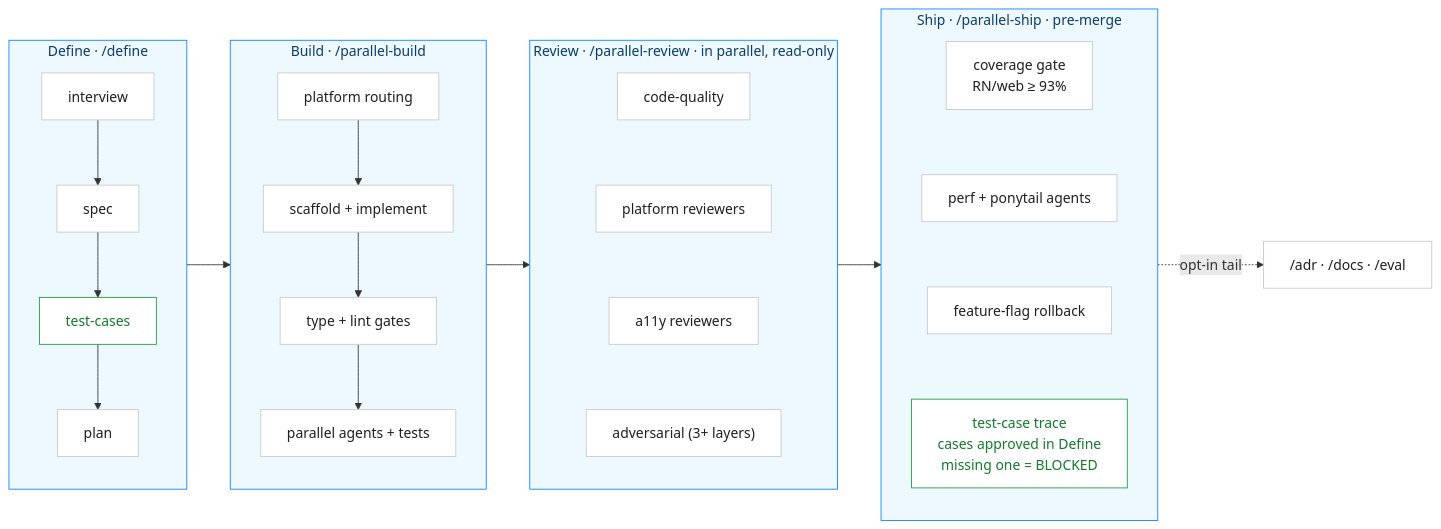
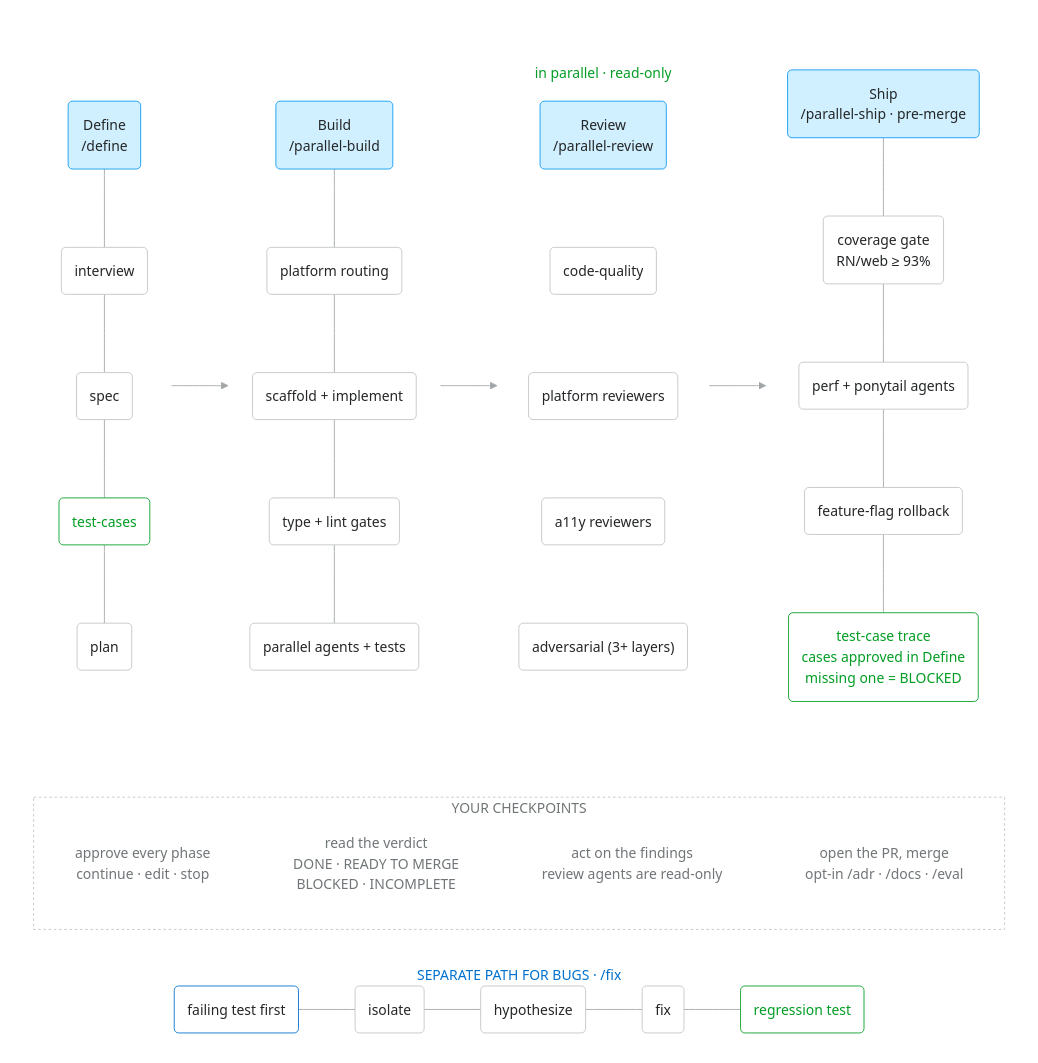
One commit to raditia/CraftKit changed the tenth of 13 diagrams in README.md. Above: the diagram before and after it, drawn with Mermaid. The commit also changed other lines of this file and 4 other files, not shown here.

First line of the commit message:
docs: redraw README diagrams as deck-style swimlanes and tables (#21)

````diff
--- a/README.md
+++ b/README.md
@@ -570,30 +827,71 @@
 ```mermaid
-flowchart LR
-    subgraph DEF["Define · /define"]
-        direction TB
-        d1["interview"] --> d2["spec"] --> d3["test-cases"] --> d4["plan"]
+---
+config:
+  theme: base
+  look: classic
+  fontFamily: "-apple-system, BlinkMacSystemFont, Segoe UI, Helvetica, Arial, sans-serif"
+  themeVariables:
+    fontFamily: "-apple-system, BlinkMacSystemFont, Segoe UI, Helvetica, Arial, sans-serif"
+    fontSize: 16px
+    primaryColor: "#FFFFFF"
+    primaryBorderColor: "#C1C4C6"
+    primaryTextColor: "#242628"
+    lineColor: "#A2A6A8"
+    clusterBkg: "#F5FBFF"
+    clusterBorder: "#F0F1F2"
+    titleColor: "#707577"
+    edgeLabelBackground: "#FFFFFF"
+  flowchart:
+    curve: basis
+    wrappingWidth: 240
+    nodeSpacing: 30
+    rankSpacing: 40
+---
+flowchart TB
+    subgraph ROW[" "]
+        direction LR
+        subgraph DEF[" "]
+            direction TB
+            hd("Define<br/>/define") --- d1("interview") --- d2("spec") --- d3("test-cases") --- d4("plan")
+        end
+        subgraph BLD[" "]
+            direction TB
+            hb("Build<br/>/parallel-build") --- b1("platform routing") --- b2("scaffold + implement") --- b3("type + lint gates") --- b4("parallel agents + tests")
+        end
+        subgraph REV["in parallel · read-only"]
+            direction TB
+            hr("Review<br/>/parallel-review") ~~~ r1("code-quality") ~~~ r2("platform reviewers") ~~~ r3("a11y reviewers") ~~~ r4("adversarial (3+ layers)")
+        end
+        subgraph SHP[" "]
+            direction TB
+            hs("Ship<br/>/parallel-ship · pre-merge") --- s1("coverage gate<br/>RN/web ≥ 93%") --- s2("perf + ponytail agents") --- s3("feature-flag rollback") --- s4("test-case trace<br/>cases approved in Define<br/>missing one = BLOCKED")
+        end
+        DEF --> BLD --> REV --> SHP
     end
-    subgraph BLD["Build · /parallel-build"]
-        direction TB
-        b1["platform routing"] --> b2["scaffold + implement"] --> b3["type + lint gates"] --> b4["parallel agents + tests"]
+    subgraph CHK["YOUR CHECKPOINTS"]
+        direction LR
+        k1("approve every phase<br/>continue · edit · stop") ~~~ k2("read the verdict<br/>DONE · READY TO MERGE<br/>BLOCKED · INCOMPLETE") ~~~ k3("act on the findings<br/>review agents are read-only") ~~~ k4("open the PR, merge<br/>opt-in /adr · /docs · /eval")
     end
-    subgraph REV["Review · /parallel-review · in parallel, read-only"]
-        direction TB
-        r1["code-quality"] ~~~ r2["platform reviewers"] ~~~ r3["a11y reviewers"] ~~~ r4["adversarial (3+ layers)"]
+    subgraph FIX["SEPARATE PATH FOR BUGS · /fix"]
+        direction LR
+        f1("failing test first") --- f2("isolate") --- f3("hypothesize") --- f4("fix") --- f5("regression test")
     end
-    subgraph SHP["Ship · /parallel-ship · pre-merge"]
-        direction TB
-        s1["coverage gate<br/>RN/web ≥ 93%"] ~~~ s2["perf + ponytail agents"] ~~~ s3["feature-flag rollback"] ~~~ s4["test-case trace<br/>cases approved in Define<br/>missing one = BLOCKED"]
-    end
-    DEF --> BLD --> REV --> SHP
-    SHP -. "opt-in tail" .-> tail["/adr · /docs · /eval"]
+    ROW ~~~ CHK ~~~ FIX
 
-    classDef n fill:#ffffff,stroke:#c9c9c9,color:#1f1f1f
-    classDef ok fill:#ffffff,stroke:#1a9e3a,color:#137a2c
-    class d1,d2,d4,b1,b2,b3,b4,r1,r2,r3,r4,s1,s2,s3,tail n
-    class d3,s4 ok
-    style DEF fill:#eef8ff,stroke:#0a84ff,color:#0b3d66
-    style BLD fill:#eef8ff,stroke:#0a84ff,color:#0b3d66
-    style REV fill:#eef8ff,stroke:#0a84ff,color:#0b3d66
-    style SHP fill:#eef8ff,stroke:#0a84ff,color:#0b3d66
+    classDef n fill:#FFFFFF,stroke:#C1C4C6,color:#242628
+    classDef key fill:#D1F0FF,stroke:#0A9AF2,color:#242628
+    classDef ok fill:#FFFFFF,stroke:#029D24,color:#029D24
+    classDef quiet fill:transparent,stroke:transparent,color:#707577
+    class d1,d2,d4,b1,b2,b3,b4,r1,r2,r3,r4,s1,s2,s3,f2,f3,f4 n
+    class hd,hb,hr,hs key
+    class d3,s4,f5 ok
+    class k1,k2,k3,k4 quiet
+    style f1 fill:#FFFFFF,stroke:#0071CE,color:#242628
+    style ROW fill:transparent,stroke:transparent
+    style DEF fill:transparent,stroke:transparent
+    style BLD fill:transparent,stroke:transparent
+    style REV fill:transparent,stroke:transparent,color:#029D24
+    style SHP fill:transparent,stroke:transparent
+    style CHK fill:transparent,stroke:#C1C4C6,stroke-dasharray:3 3
+    style FIX fill:transparent,stroke:transparent,color:#0071CE
 ```
````
